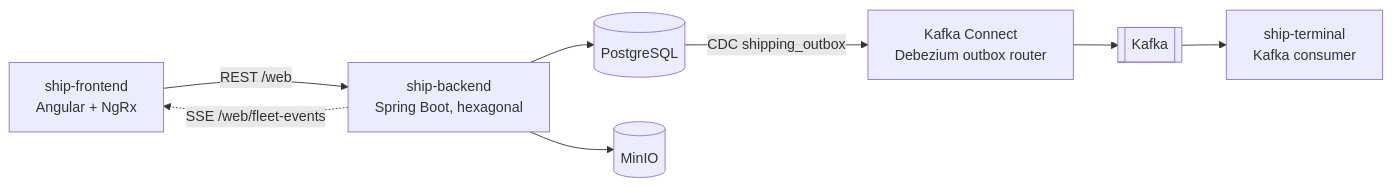
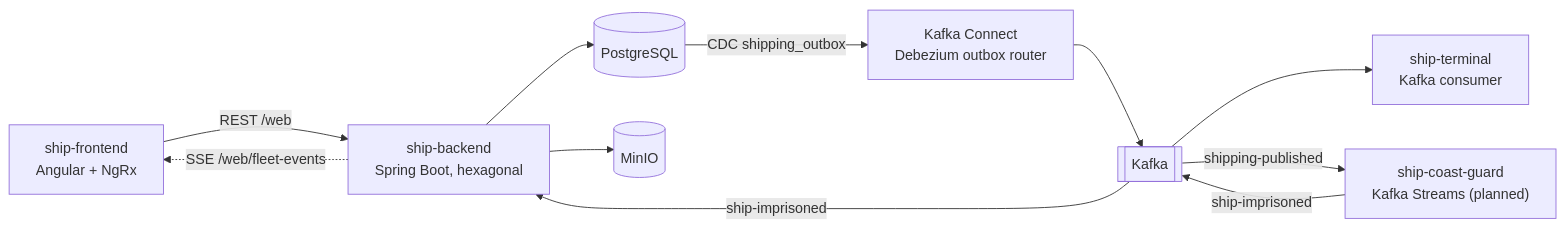
Before and after one commit to maurizio100/ddd-ship: the first of 3 diagrams in docs/arc42/05-building-blocks.md, drawn with Mermaid. The commit also changed other lines of this file and 9 other files, not shown here.

First line of the commit message:
docs: decide on a Coast Guard built on Kafka Streams (ADR-0011)

````diff
--- a/docs/arc42/05-building-blocks.md
+++ b/docs/arc42/05-building-blocks.md
@@ -7,15 +7,19 @@
 ```mermaid
 flowchart LR
     FE["ship-frontend<br/>Angular + NgRx"]
     BE["ship-backend<br/>Spring Boot, hexagonal"]
     DB[("PostgreSQL")]
     S3[("MinIO")]
     CDC["Kafka Connect<br/>Debezium outbox router"]
     K[["Kafka"]]
     TERM["ship-terminal<br/>Kafka consumer"]
     FE -->|"REST /web"| BE
     BE -.->|"SSE /web/fleet-events"| FE
     BE --> DB
     BE --> S3
     DB -->|"CDC shipping_outbox"| CDC --> K --> TERM
+    CG["ship-coast-guard<br/>Kafka Streams (planned)"]
+    K -->|"shipping-published"| CG
+    CG -->|"ship-imprisoned"| K
+    K -->|"ship-imprisoned"| BE
 ```
````
